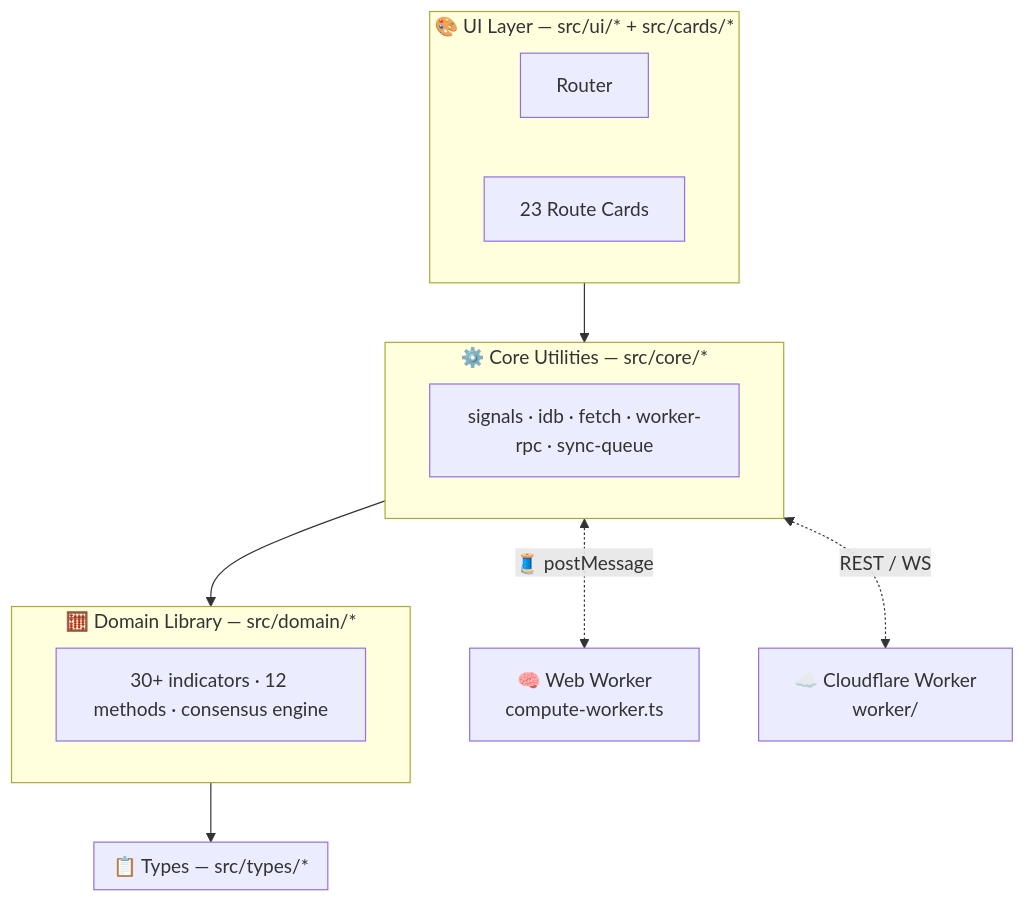
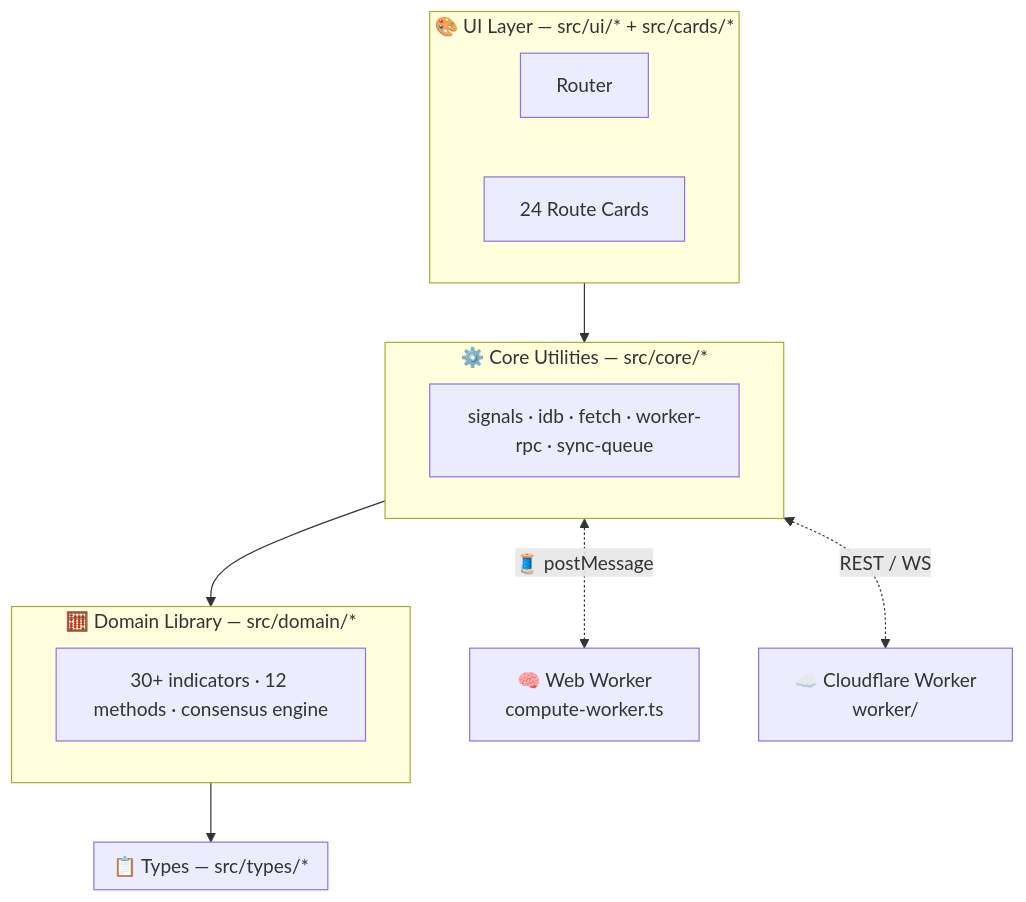
One commit to RajwanYair/CrossTide changed the first of 2 diagrams in docs-site/src/content/docs/architecture.mdx. Above: the diagram before and after it, drawn with Mermaid. The commit also changed other lines of this file and 287 other files, not shown here.

````diff
--- a/docs-site/src/content/docs/architecture.mdx
+++ b/docs-site/src/content/docs/architecture.mdx
@@ -8,22 +12,22 @@
 ```mermaid
 flowchart TB
   subgraph UI["🎨 UI Layer — src/ui/* + src/cards/*"]
     direction LR
     Router["Router"]
-    Cards["23 Route Cards"]
+    Cards["24 Route Cards"]
   end
   subgraph Core["⚙️ Core Utilities — src/core/*"]
     direction LR
     Signals["signals · idb · fetch · worker-rpc · sync-queue"]
   end
   subgraph Domain["🧮 Domain Library — src/domain/*"]
     direction LR
     Indicators["30+ indicators · 12 methods · consensus engine"]
   end
   subgraph Types["📋 Types — src/types/*"]
   end
 
   UI --> Core --> Domain --> Types
   Core <-.->|"🧵 postMessage"| WW["🧠 Web Worker\ncompute-worker.ts"]
   Core <-.->|"REST / WS"| CF["☁️ Cloudflare Worker\nworker/"]
 ```
````
